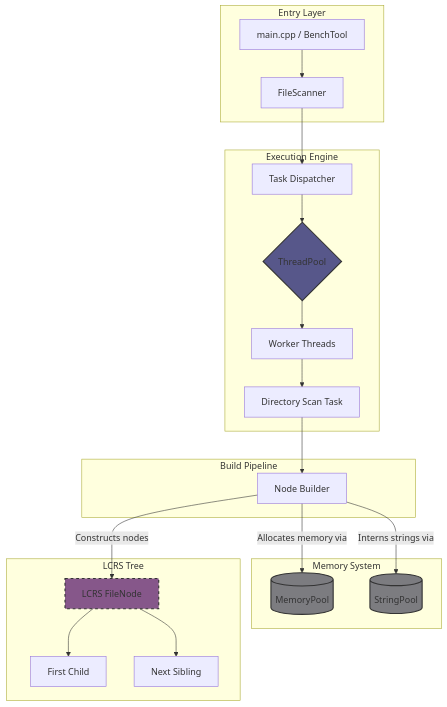
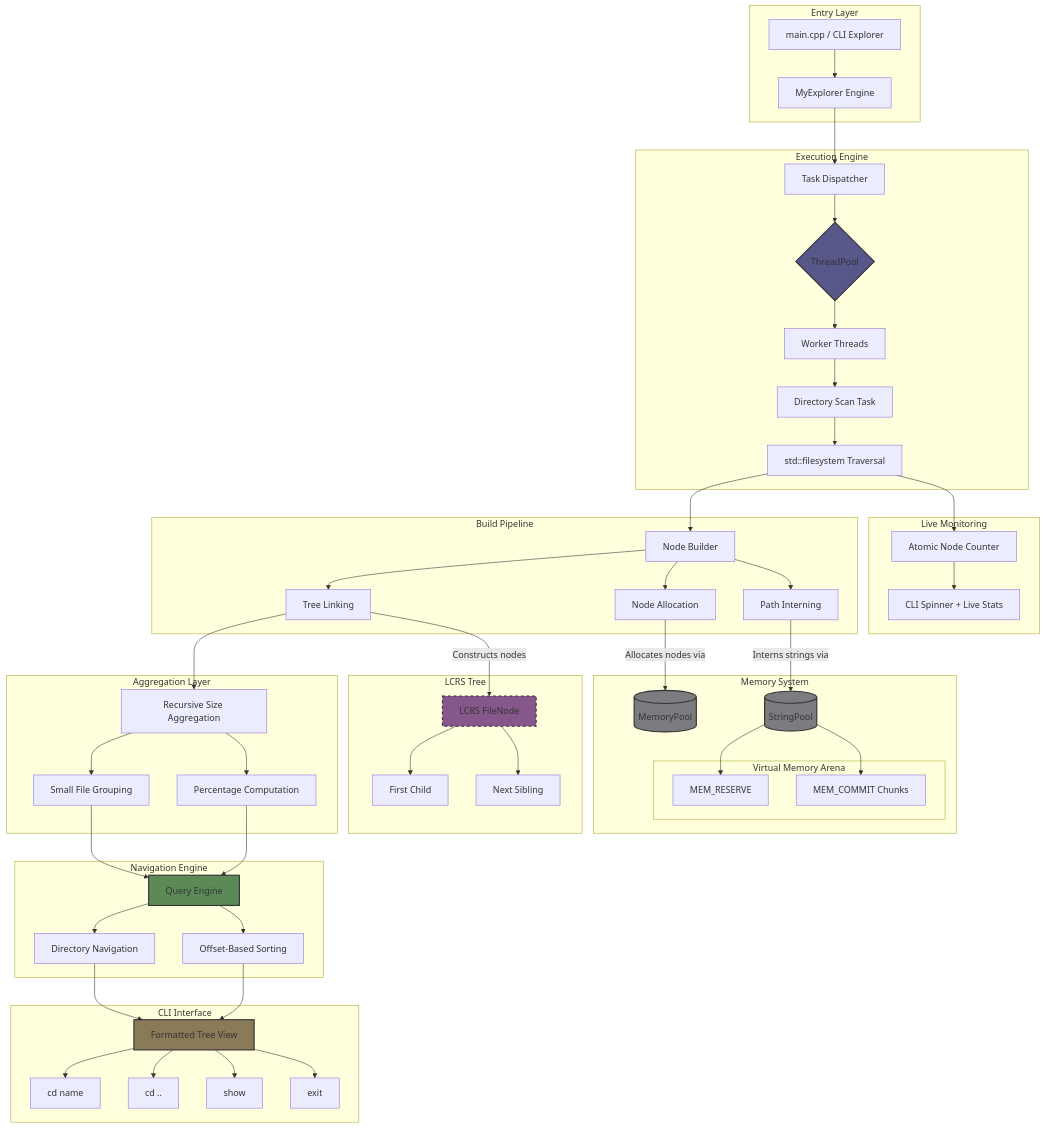
The diagram in README.md (Rejeem/MyExplorer), drawn with Mermaid before and after one commit. The commit also changed other lines of this file, not shown here.

Commit message:
Revise README for clarity and structure
Updated the README to improve clarity and structure, focusing on system architecture and core design decisions.

````diff
--- a/README.md
+++ b/README.md
@@ -17,45 +17,155 @@
 
 graph TD
 
+%% =====================================================
 %% ENTRY
+%% =====================================================
+
 subgraph "Entry Layer"
-    A[main.cpp / BenchTool] --> B[FileScanner]
+    A[main.cpp / CLI Explorer] --> B[MyExplorer Engine]
 end
 
-%% EXECUTION
+%% =====================================================
+%% EXECUTION ENGINE
+%% =====================================================
+
 subgraph "Execution Engine"
     B --> C[Task Dispatcher]
     C --> D{ThreadPool}
     D --> E[Worker Threads]
     E --> F[Directory Scan Task]
+    F --> G[std::filesystem Traversal]
 end
 
-%% BUILD PIPELINE
-subgraph "Build Pipeline"
-    F --> G[Node Builder]
+%% =====================================================
+%% LIVE STATUS
+%% =====================================================
+
+subgraph "Live Monitoring"
+    H[Atomic Node Counter]
+    I[CLI Spinner + Live Stats]
 end
 
-%% MEMORY SYSTEM
-subgraph "Memory System"
-    H[(MemoryPool)]
-    I[(StringPool)]
+G --> H
+H --> I
+
+%% =====================================================
+%% BUILD PIPELINE
+%% =====================================================
+
+subgraph "Build Pipeline"
+    G --> J[Node Builder]
+    J --> K[Path Interning]
+    J --> L[Node Allocation]
+    J --> M[Tree Linking]
 end
 
-%% DATA STRUCTURE
-subgraph "LCRS Tree"
-    J[LCRS FileNode]
-    J --> K[First Child]
-    J --> L[Next Sibling]
+%% =====================================================
+%% MEMORY SYSTEM
+%% =====================================================
+
+subgraph "Memory System"
+
+    N[(MemoryPool)]
+    O[(StringPool)]
+
+    subgraph "Virtual Memory Arena"
+        P[MEM_RESERVE]
+        Q[MEM_COMMIT Chunks]
+    end
+
 end
 
+%% =====================================================
+%% TREE STRUCTURE
+%% =====================================================
+
+subgraph "LCRS Tree"
+
+    R[LCRS FileNode]
+
+    R --> S[First Child]
+    R --> T[Next Sibling]
+
+end
+
+%% =====================================================
+%% FILTERING & AGGREGATION
+%% =====================================================
+
+subgraph "Aggregation Layer"
+
+    U[Recursive Size Aggregation]
+    V[Small File Grouping]
+    W[Percentage Computation]
+
+end
+
+M --> U
+U --> V
+U --> W
+
+%% =====================================================
+%% NAVIGATION ENGINE
+%% =====================================================
+
+subgraph "Navigation Engine"
+
+    X[Directory Navigation]
+    Y[Offset-Based Sorting]
+    Z[Query Engine]
+
+end
+
+V --> Z
+W --> Z
+
+Z --> X
+Z --> Y
+
+%% =====================================================
+%% CLI INTERFACE
+%% =====================================================
+
+subgraph "CLI Interface"
+
+    AA[Formatted Tree View]
+
+    AB[cd name]
+    AC[cd ..]
+    AD[show]
+    AE[exit]
+
+end
+
+X --> AA
+Y --> AA
+
+AA --> AB
+AA --> AC
+AA --> AD
+AA --> AE
+
+%% =====================================================
 %% REAL FLOW
-G -->|Allocates memory via| H
-G -->|Interns strings via| I
-G -->|Constructs nodes| J
+%% =====================================================
 
+K -->|Interns strings via| O
+L -->|Allocates nodes via| N
+
+O --> P
+O --> Q
+
+M -->|Constructs nodes| R
+
+%% =====================================================
 %% STYLING
-style H fill:#7c7c80,stroke:#333,stroke-width:2px
-style I fill:#7c7c80,stroke:#333,stroke-width:2px
+%% =====================================================
+
+style N fill:#7c7c80,stroke:#333,stroke-width:2px
+style O fill:#7c7c80,stroke:#333,stroke-width:2px
 style D fill:#57578a,stroke:#333,stroke-width:2px
-style J fill:#86578a,stroke:#333,stroke-width:2px,stroke-dasharray: 5 5
+style R fill:#86578a,stroke:#333,stroke-width:2px,stroke-dasharray: 5 5
+style Z fill:#5c8a57,stroke:#333,stroke-width:2px
+style AA fill:#8a7a57,stroke:#333,stroke-width:2px
 ```
````
